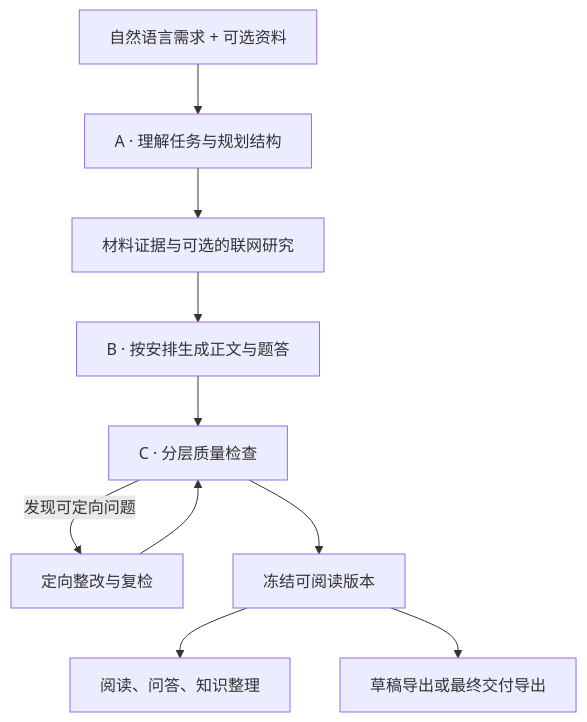
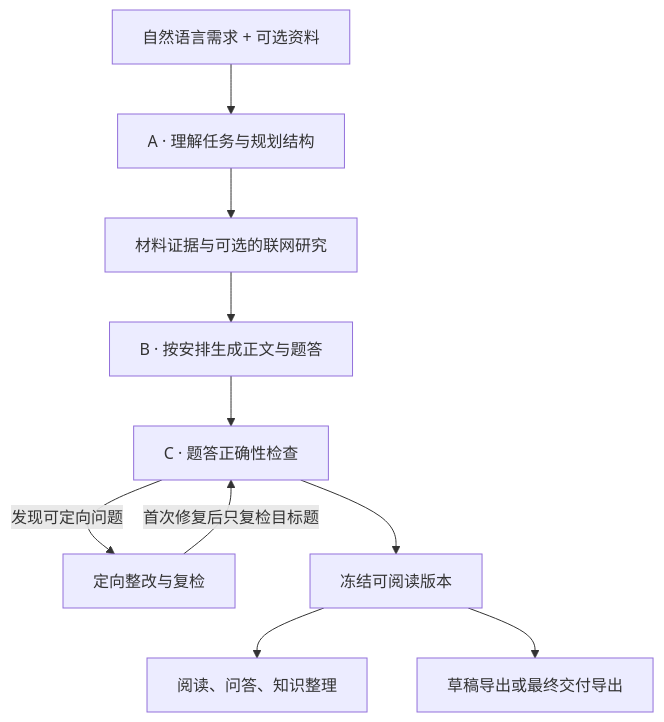
Before and after one commit to bjh0222/AIEdu: the diagram in README.md, drawn with Mermaid. The commit also changed other lines of this file and 228 other files, not shown here.

````diff
--- a/README.md
+++ b/README.md
@@ -78,12 +78,12 @@
 ```mermaid
 flowchart TD
   U[自然语言需求 + 可选资料] --> A[A · 理解任务与规划结构]
   A --> E[材料证据与可选的联网研究]
   E --> B[B · 按安排生成正文与题答]
-  B --> C[C · 分层质量检查]
+  B --> C[C · 题答正确性检查]
   C -->|发现可定向问题| R[定向整改与复检]
-  R --> C
+  R -->|首次修复后只复检目标题| C
   C --> V[冻结可阅读版本]
   V --> READ[阅读、问答、知识整理]
   V --> EXP[草稿导出或最终交付导出]
 ```
````
